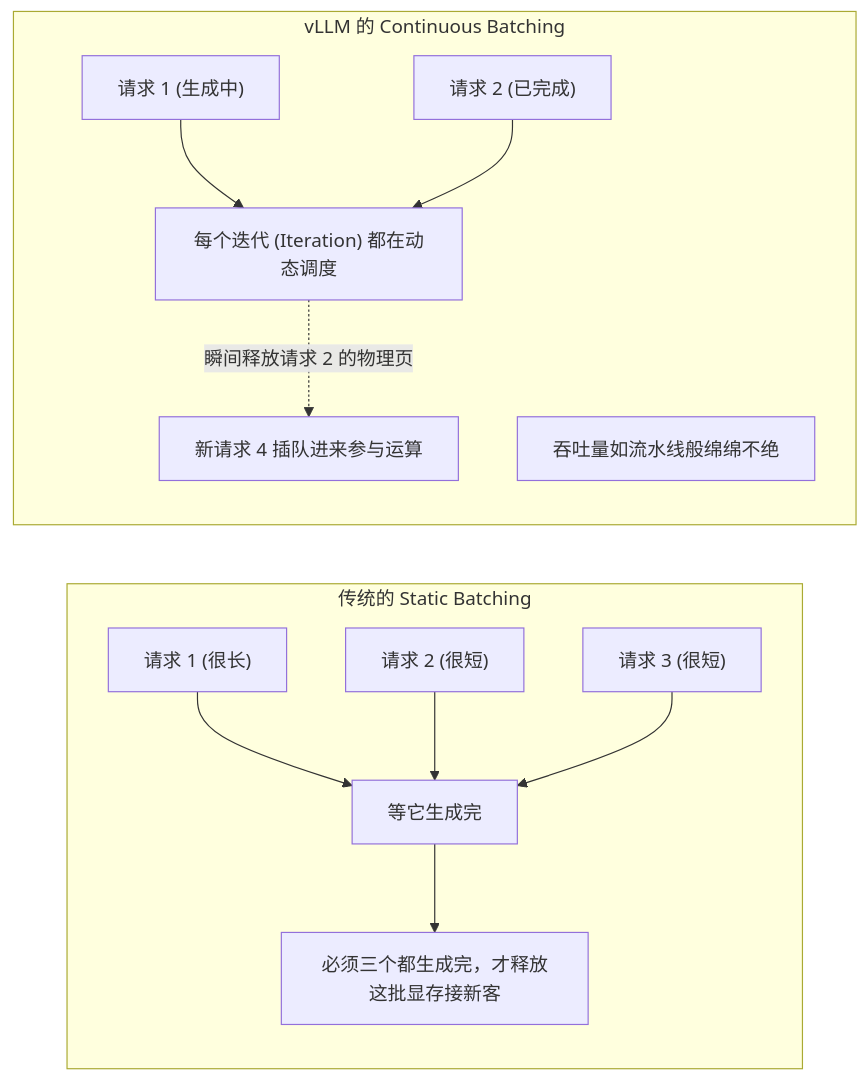
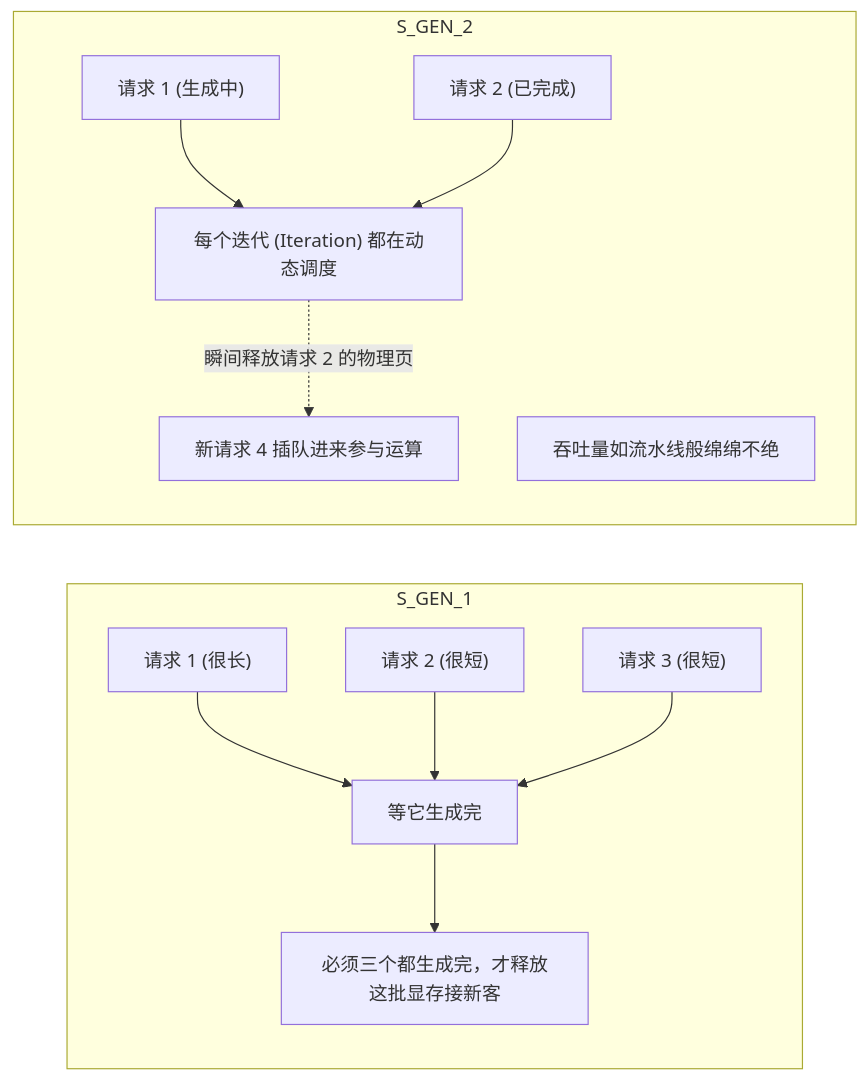
One commit to thisisjayden/ai-learning changed the diagram in learn_path/04_2_vLLM_Deployment_and_LLMOps.md. Above: the diagram before and after it, drawn with Mermaid. The commit also changed 9 other files, not shown here.

Commit message:
fix: remove all custom titles from Mermaid subgraphs to bypass GitHub parsing errors

````diff
--- a/learn_path/04_2_vLLM_Deployment_and_LLMOps.md
+++ b/learn_path/04_2_vLLM_Deployment_and_LLMOps.md
@@ -31,16 +31,16 @@
 ```mermaid
 graph LR
-    subgraph S_GEN_1 [传统的 Static Batching]
+    subgraph S_GEN_1
         A["请求 1 (很长)"] --> B["等它生成完"]
         C["请求 2 (很短)"] --> B
         D["请求 3 (很短)"] --> B
         B --> E["必须三个都生成完，才释放这批显存接新客"]
     end
 
-    subgraph S_GEN_2 [vLLM 的 Continuous Batching]
+    subgraph S_GEN_2
         F["请求 1 (生成中)"] --> G["每个迭代 (Iteration) 都在动态调度"]
         H["请求 2 (已完成)"] --> G
         G -. "瞬间释放请求 2 的物理页" .-> I["新请求 4 插队进来参与运算"]
         J["吞吐量如流水线般绵绵不绝"]
     end
 ```
````
